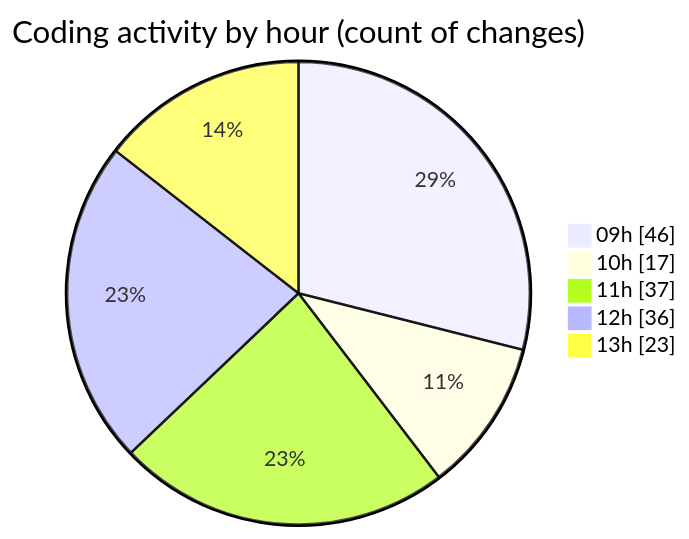
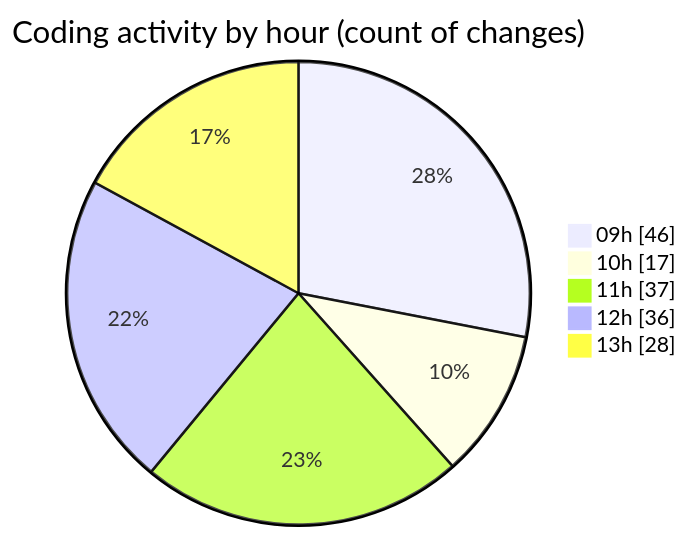
One commit to momahboobian/code-tracking changed the second of 2 diagrams in 2025-03-25/cda/README.md. Above: the diagram before and after it, drawn with Mermaid. The commit also changed other lines of this file and 1 other file, not shown here.

````diff
--- a/2025-03-25/cda/README.md
+++ b/2025-03-25/cda/README.md
@@ -51,9 +51,9 @@
 ```mermaid
 pie showData
 title Coding activity by hour (count of changes)
 "09h" : 46
 "10h" : 17
 "11h" : 37
 "12h" : 36
-"13h" : 23
+"13h" : 28
 ```
````
